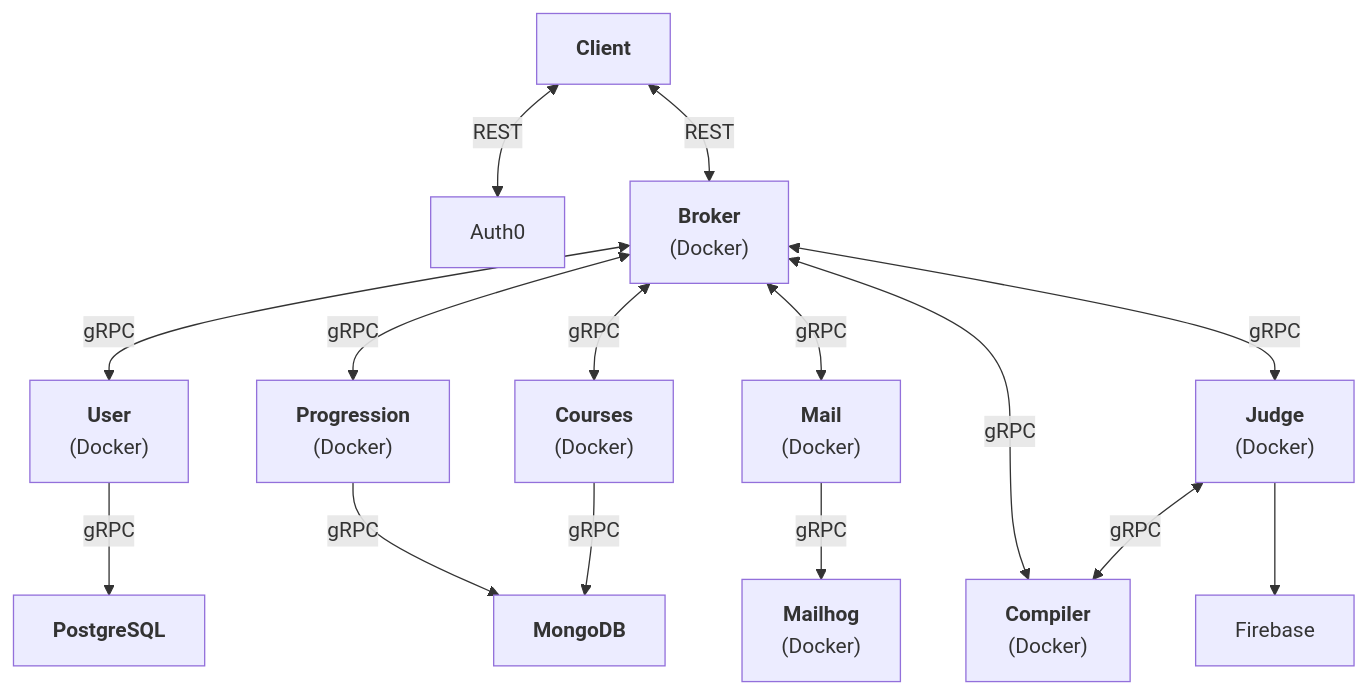
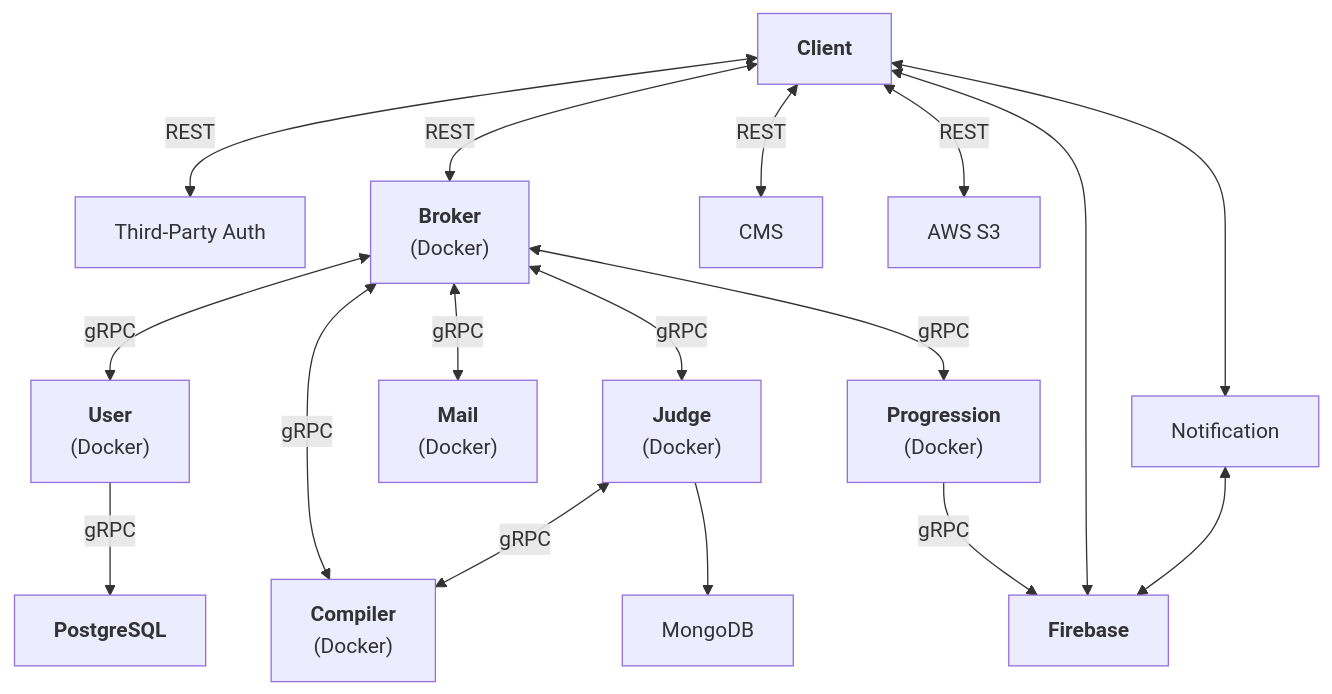
One commit to abyanmajid/picco changed the diagram in README.md. Above: the diagram before and after it, drawn with Mermaid.

Commit message:
refactor: diagram

````diff
--- a/README.md
+++ b/README.md
@@ -23,17 +23,19 @@
 ```mermaid
 graph TD
-    Client <--> |REST| Auth0
+    Client <--> |REST| Auth["Third-Party Auth"]
     Client["<b>Client</b>"] <-->|REST| Broker["<b>Broker</b><br>(Docker)"]
+    Client <--> |REST| CMS
+    Client <--> |REST| S3["AWS S3"]
     Broker <-->|gRPC| User["<b>User</b><br>(Docker)"]
-    Broker <-->|gRPC| Courses["<b>Courses</b><br>(Docker)"]
     Broker <-->|gRPC| Progression["<b>Progression</b><br>(Docker)"]
     Broker <-->|gRPC| Mail["<b>Mail</b><br>(Docker)"]
     Broker <-->|gRPC| Judge["<b>Judge</b><br>(Docker)"]
+    Notification <--> Firebase
+    Client <--> Firebase
+    Client <--> Notification
     Judge <-->|gRPC| Compiler
-    Judge --> Firebase
+    Judge --> MongoDB
     Broker <-->|gRPC| Compiler["<b>Compiler</b><br>(Docker)"]
     User -->|gRPC| PostgreSQL["<b>PostgreSQL</b>"]
-    Courses --> |gRPC| MongoDB["<b>MongoDB</b>"]
-    Progression --> |gRPC| MongoDB["<b>MongoDB</b>"]
-    Mail -->|gRPC| Mailhog["<b>Mailhog</b><br>(Docker)"]
+    Progression --> |gRPC| Firebase["<b>Firebase</b>"]
 ```
````
